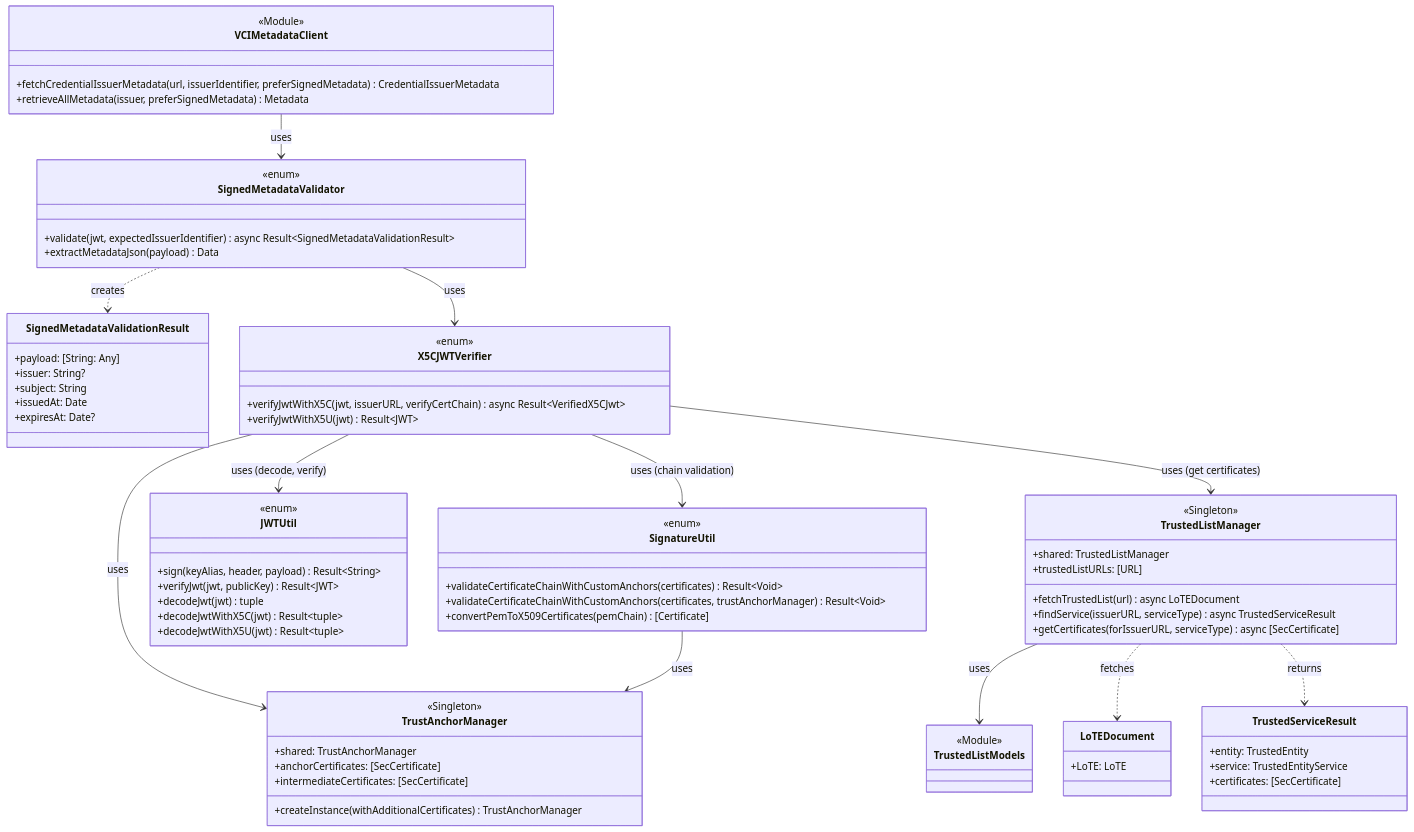
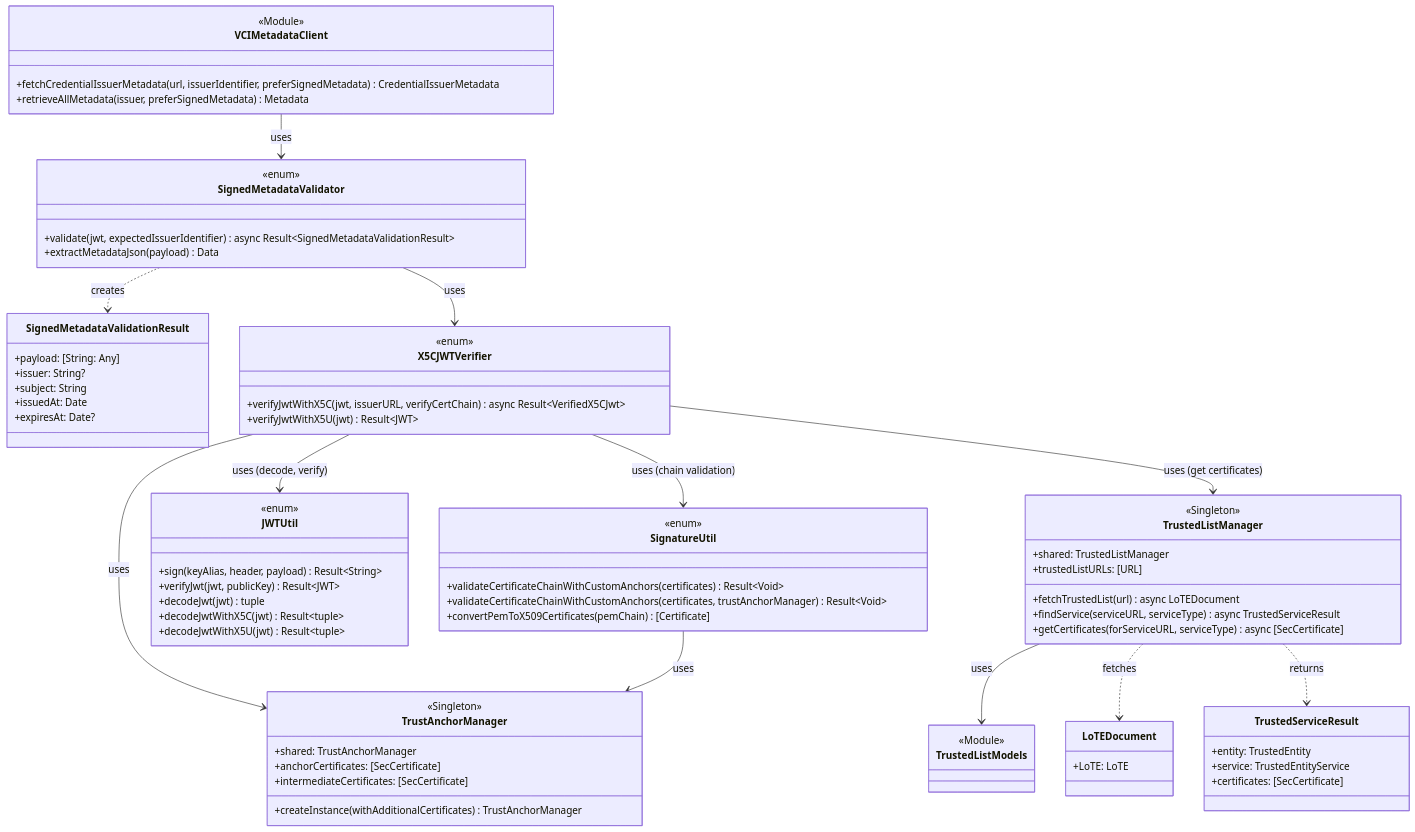
The first of 4 diagrams in docs/features/credential-issuance/metadata-verification.md (ryosuke-wakaba/OWND-Wallet-iOS), drawn with Mermaid before and after one commit. The commit also changed other lines of this file and 4 other files, not shown here.

First line of the commit message:
refactor: Rename issuerURL to serviceURL in TrustedListManager

```diff
--- a/docs/features/credential-issuance/metadata-verification.md
+++ b/docs/features/credential-issuance/metadata-verification.md
@@ -49,8 +49,8 @@
         +shared: TrustedListManager
         +trustedListURLs: [URL]
         +fetchTrustedList(url) async LoTEDocument
-        +findService(issuerURL, serviceType) async TrustedServiceResult
-        +getCertificates(forIssuerURL, serviceType) async [SecCertificate]
+        +findService(serviceURL, serviceType) async TrustedServiceResult
+        +getCertificates(forServiceURL, serviceType) async [SecCertificate]
     }
 
     class TrustedListModels {
```
